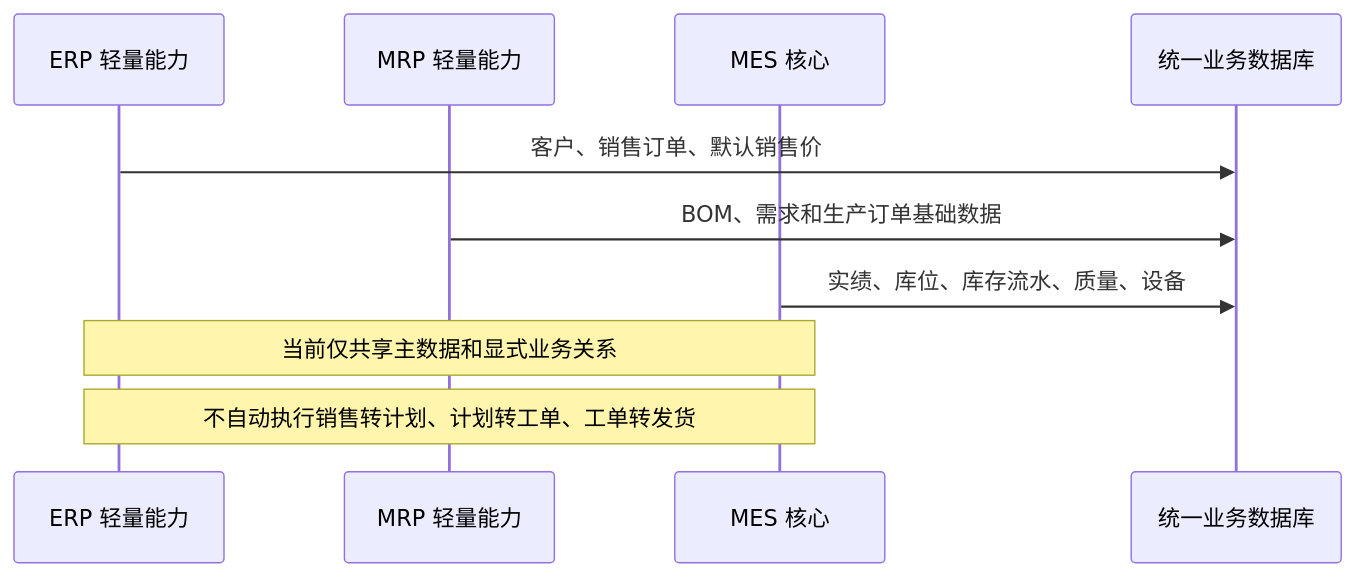
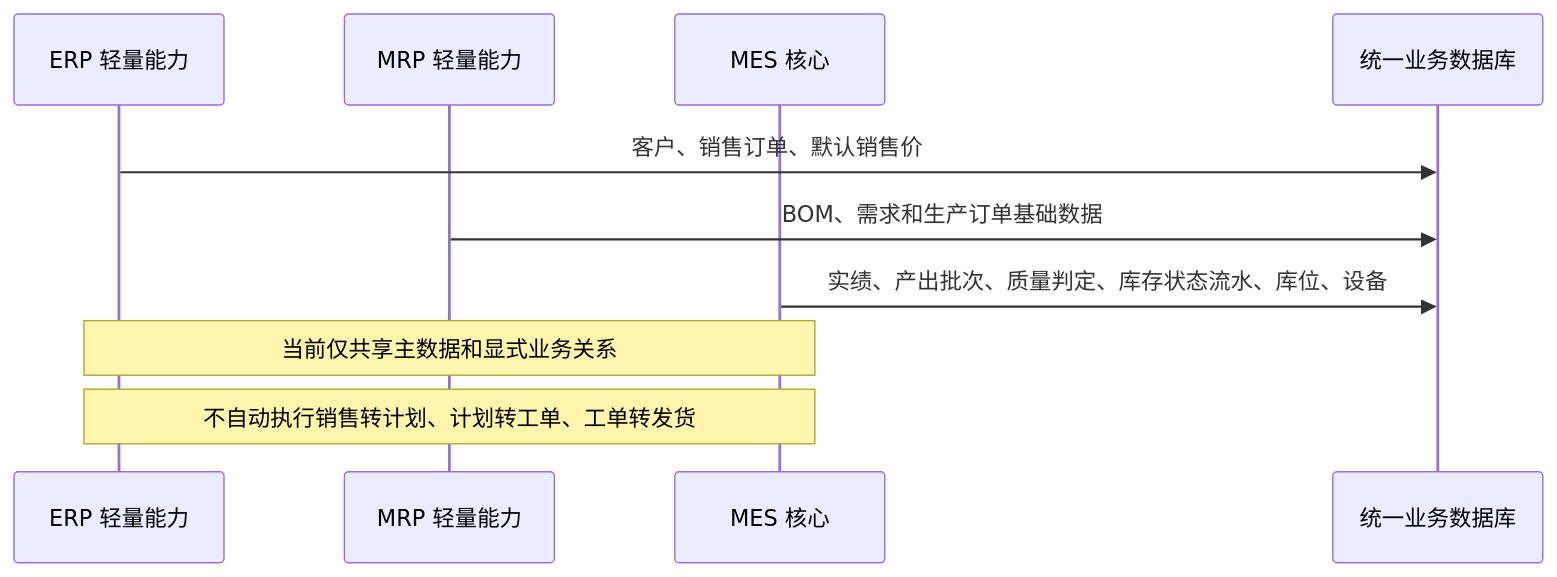
Diagram 11 of 17 in docs/architecture/系统时序图.md (goldf2/mes-lite), drawn with Mermaid before and after one commit. The commit also changed 83 other files, not shown here.

````diff
--- a/docs/architecture/系统时序图.md
+++ b/docs/architecture/系统时序图.md
@@ -370,13 +370,13 @@
 ```mermaid
 sequenceDiagram
   participant ERP as ERP 轻量能力
   participant MRP as MRP 轻量能力
   participant MES as MES 核心
   participant DB as 统一业务数据库
 
   ERP->>DB: 客户、销售订单、默认销售价
   MRP->>DB: BOM、需求和生产订单基础数据
-  MES->>DB: 实绩、库位、库存流水、质量、设备
+  MES->>DB: 实绩、产出批次、质量判定、库存状态流水、库位、设备
   Note over ERP,MES: 当前仅共享主数据和显式业务关系
   Note over ERP,MES: 不自动执行销售转计划、计划转工单、工单转发货
 ```
````
